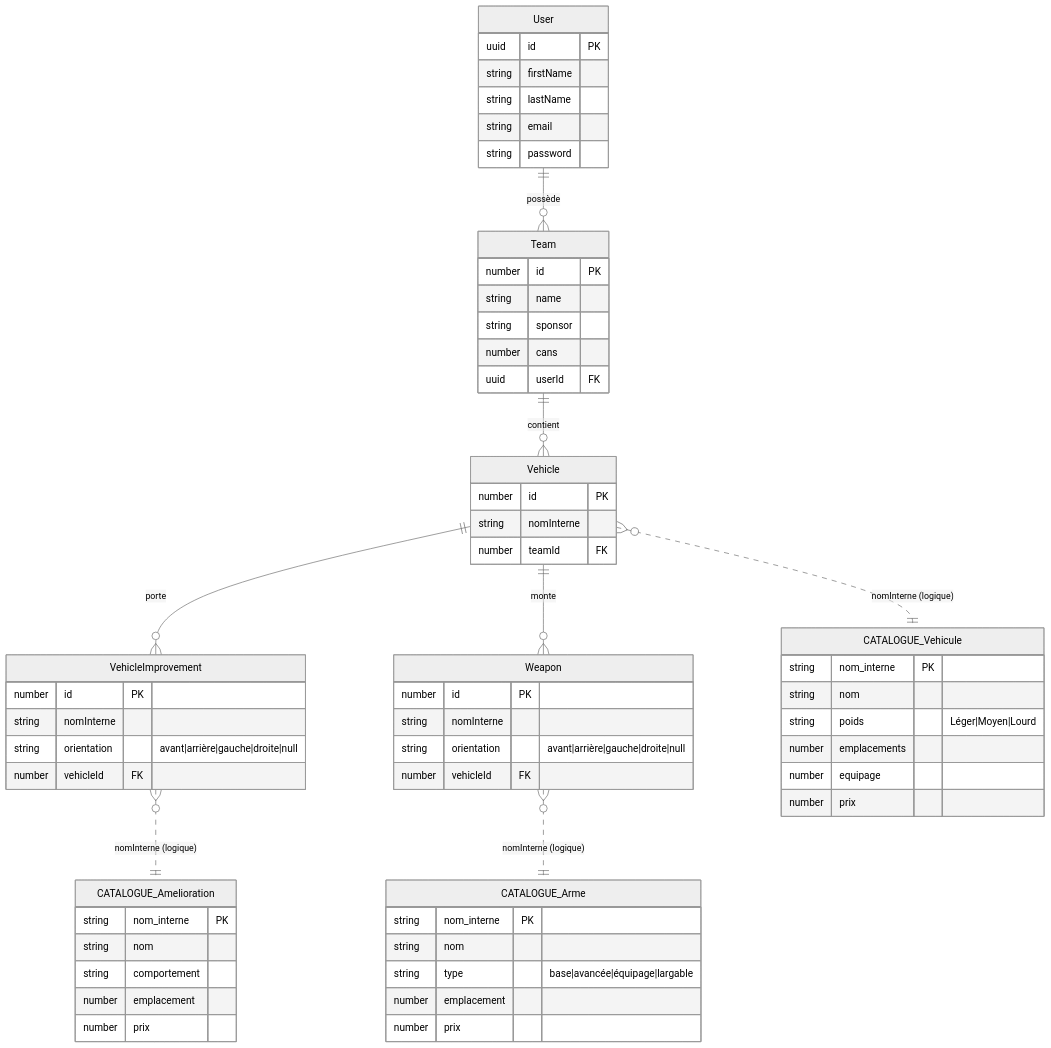
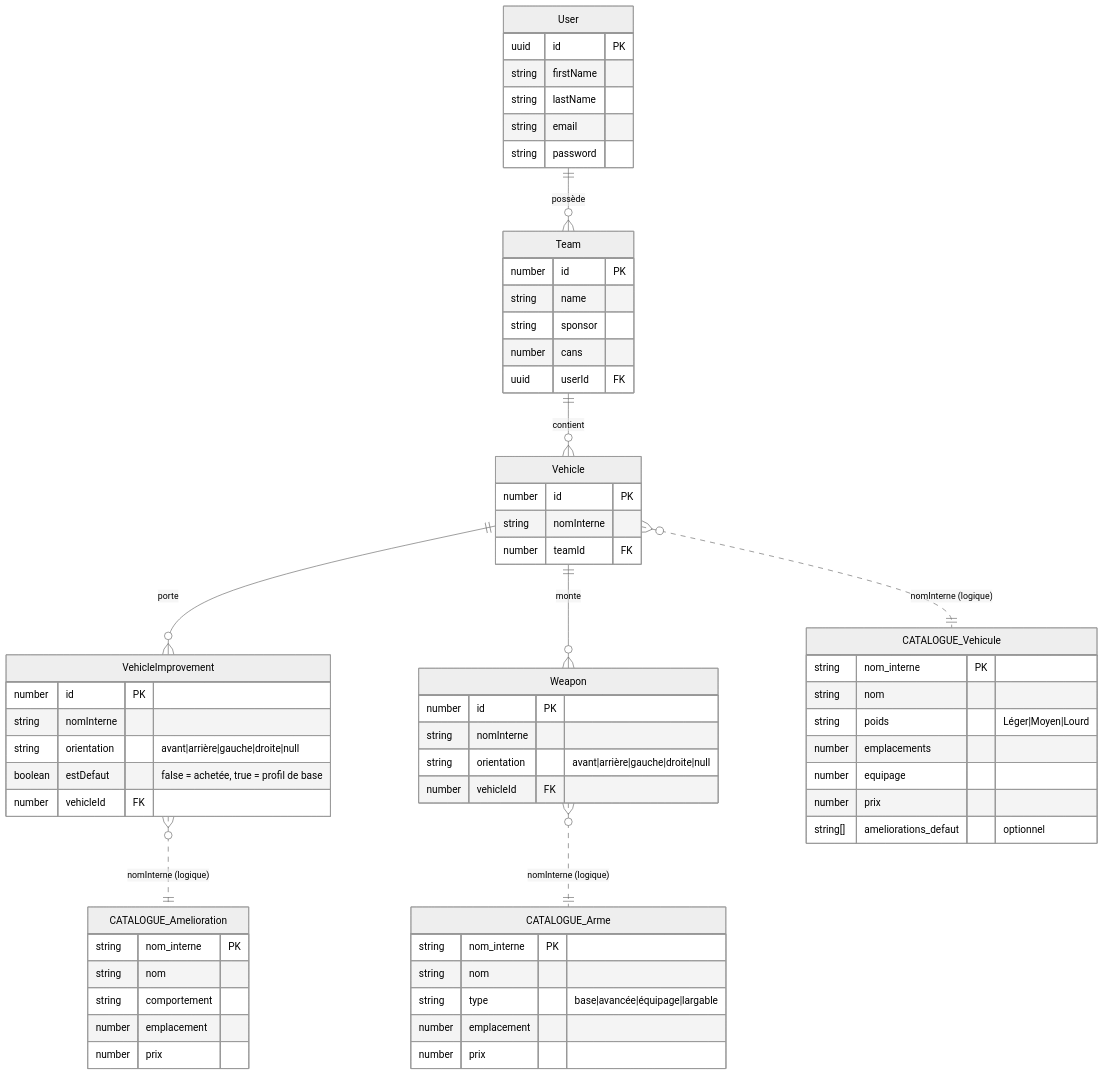
The first of 7 diagrams in docs/VEHICLE_SYSTEM.md (arnaudbracchetti/gaslands-manager), drawn with Mermaid (neutral theme) before and after one commit. The commit also changed other lines of this file and 24 other files, not shown here.

````diff
--- a/docs/VEHICLE_SYSTEM.md
+++ b/docs/VEHICLE_SYSTEM.md
@@ -34,72 +34,74 @@
 ```mermaid
 erDiagram
     User {
         uuid id PK
         string firstName
         string lastName
         string email
         string password
     }
 
     Team {
         number id PK
         string name
         string sponsor
         number cans
         uuid userId FK
     }
 
     Vehicle {
         number id PK
         string nomInterne
         number teamId FK
     }
 
     VehicleImprovement {
         number id PK
         string nomInterne
         string orientation "avant|arrière|gauche|droite|null"
+        boolean estDefaut "false = achetée, true = profil de base"
         number vehicleId FK
     }
 
     Weapon {
         number id PK
         string nomInterne
         string orientation "avant|arrière|gauche|droite|null"
         number vehicleId FK
     }
 
     CATALOGUE_Vehicule {
         string nom_interne PK
         string nom
         string poids "Léger|Moyen|Lourd"
         number emplacements
         number equipage
         number prix
+        string[] ameliorations_defaut "optionnel"
     }
 
     CATALOGUE_Amelioration {
         string nom_interne PK
         string nom
         string comportement
         number emplacement
         number prix
     }
 
     CATALOGUE_Arme {
         string nom_interne PK
         string nom
         string type "base|avancée|équipage|largable"
         number emplacement
         number prix
     }
 
     User ||--o{ Team : "possède"
     Team ||--o{ Vehicle : "contient"
     Vehicle ||--o{ VehicleImprovement : "porte"
     Vehicle ||--o{ Weapon : "monte"
 
     Vehicle }o..|| CATALOGUE_Vehicule : "nomInterne (logique)"
     VehicleImprovement }o..|| CATALOGUE_Amelioration : "nomInterne (logique)"
     Weapon }o..|| CATALOGUE_Arme : "nomInterne (logique)"
 ```
````
